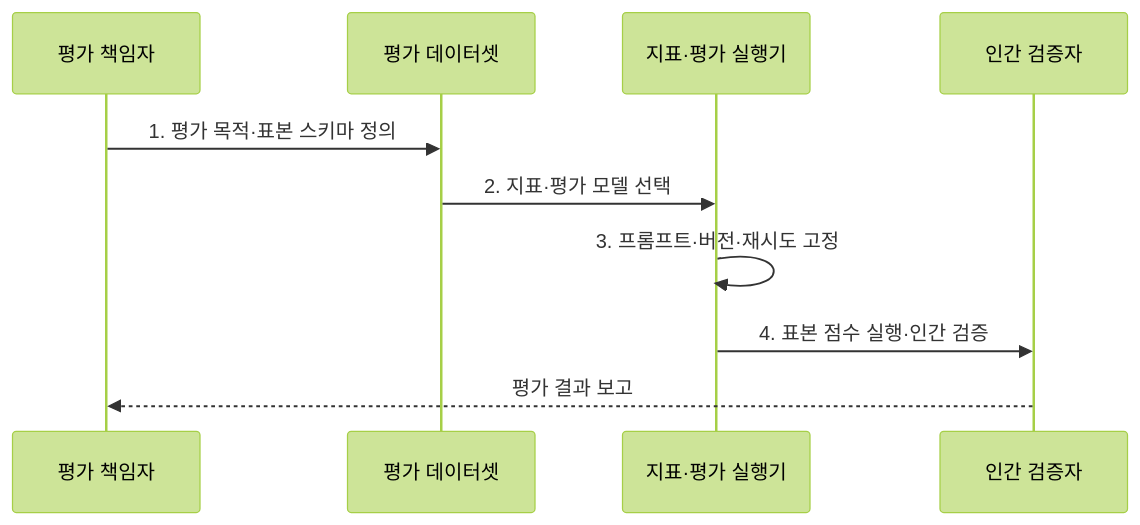
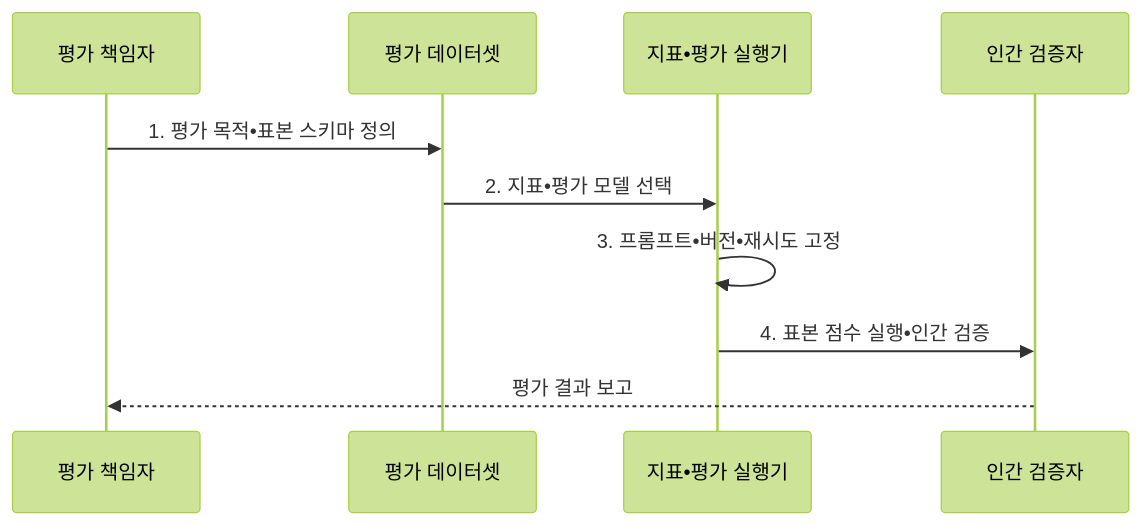
The second of 2 diagrams in src/content/docs/notes/08-latest-tech/082_ragas.md (agnusdei1207/knowledge-base), drawn with Mermaid (forest theme) before and after one commit. The commit also changed other lines of this file and 953 other files, not shown here.

````diff
--- a/src/content/docs/notes/08-latest-tech/082_ragas.md
+++ b/src/content/docs/notes/08-latest-tech/082_ragas.md
@@ -101,12 +101,12 @@
 ```mermaid
 sequenceDiagram
     participant O as 평가 책임자
     participant D as 평가 데이터셋
-    participant E as 지표·평가 실행기
+    participant E as 지표•평가 실행기
     participant H as 인간 검증자
-    O->>D: 1. 평가 목적·표본 스키마 정의
-    D->>E: 2. 지표·평가 모델 선택
-    E->>E: 3. 프롬프트·버전·재시도 고정
-    E->>H: 4. 표본 점수 실행·인간 검증
+    O->>D: 1. 평가 목적•표본 스키마 정의
+    D->>E: 2. 지표•평가 모델 선택
+    E->>E: 3. 프롬프트•버전•재시도 고정
+    E->>H: 4. 표본 점수 실행•인간 검증
     H-->>O: 평가 결과 보고
 ```
````
